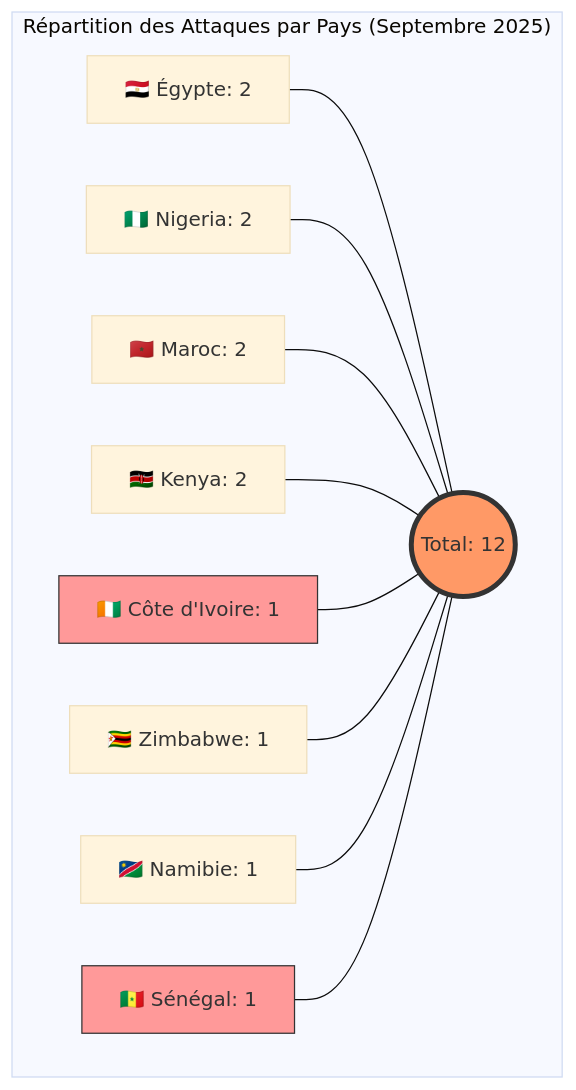
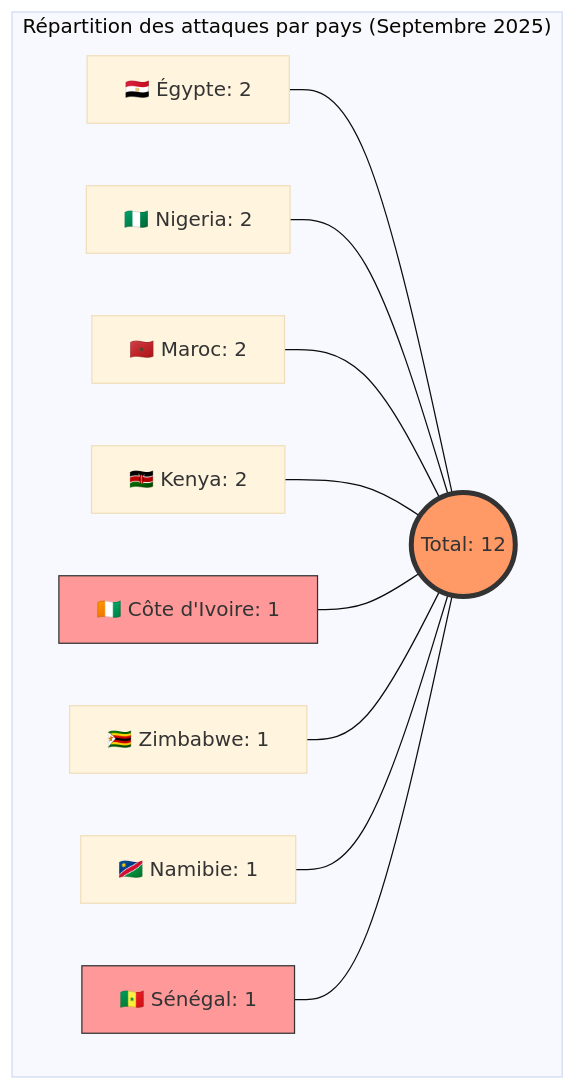
Before and after one commit to Hatchepsoute/AFRINTEL: the second of 3 diagrams in 2025/september/report/README_FR.md, drawn with Mermaid (base theme). The commit also changed 1 other file, not shown here.

Commit message:
Rapport de cyberttaque Septembre 2025 - versions FR/EN & rapport CTI Janvier et Février 2026

````diff
--- a/2025/september/report/README_FR.md
+++ b/2025/september/report/README_FR.md
@@ -84,17 +84,17 @@
 ```mermaid
 graph TD
-    subgraph "Répartition des Attaques par Pays (Septembre 2025)"
+    subgraph "Répartition des attaques par pays (Septembre 2025)"
     EG[🇪🇬 Égypte: 2] --- Total((Total: 12))
     NG[🇳🇬 Nigeria: 2] --- Total
     MA[🇲🇦 Maroc: 2] --- Total
     KE[🇰🇪 Kenya: 2] --- Total
     CI[🇨🇮 Côte d'Ivoire: 1] --- Total
     ZW[🇿🇼 Zimbabwe: 1] --- Total
     NA[🇳🇦 Namibie: 1] --- Total
     SN[🇸🇳 Sénégal: 1] --- Total
     end
 
     style Total fill:#f96,stroke:#333,stroke-width:4px
     style SN fill:#ff9999,stroke:#333
     style CI fill:#ff9999,stroke:#333
 ```
````
